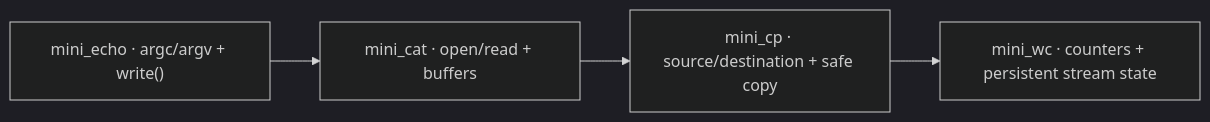
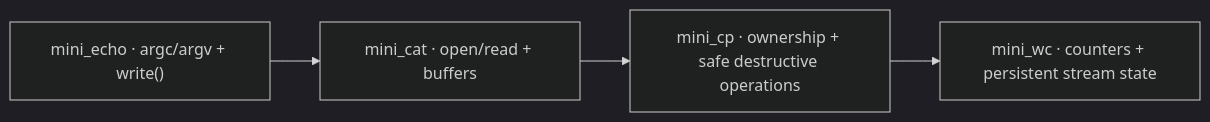
The diagram in README.md (maximecoia/unix-toolbox), drawn with Mermaid (dark theme) before and after one commit. The commit also changed other lines of this file and 7 other files, not shown here.

````diff
--- a/README.md
+++ b/README.md
@@ -35,9 +35,9 @@
 ```mermaid
 flowchart LR
     E["mini_echo · argc/argv + write()"]
     C["mini_cat · open/read + buffers"]
-    P["mini_cp · source/destination + safe copy"]
+    P["mini_cp · ownership + safe destructive operations"]
     W["mini_wc · counters + persistent stream state"]
 
     E --> C --> P --> W
 ```
````
